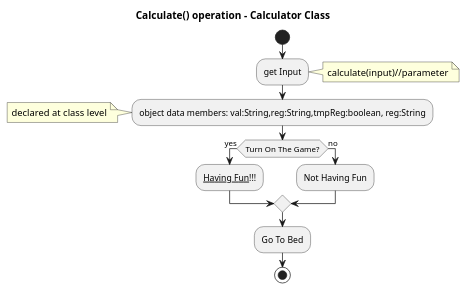
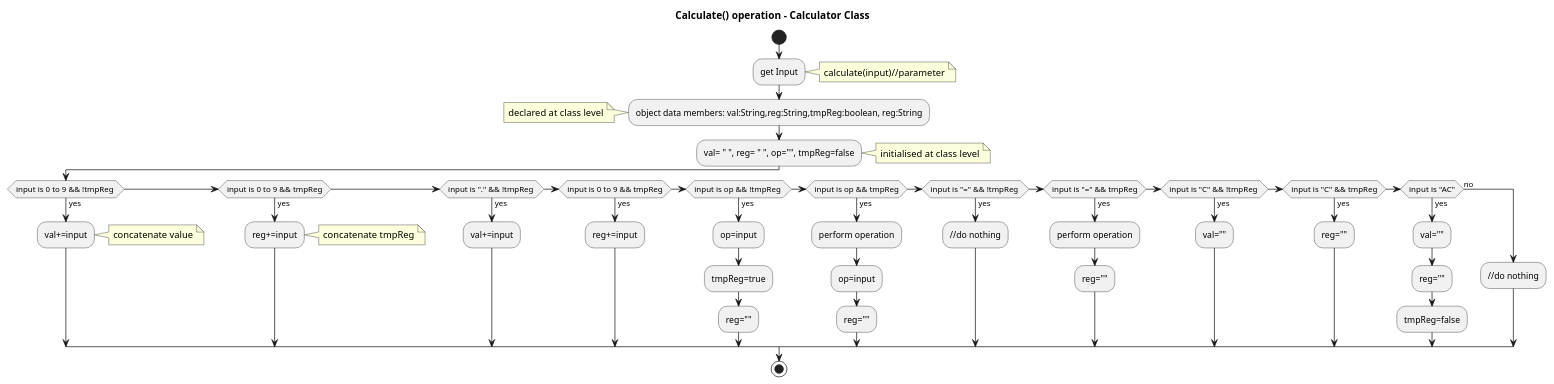
Before and after one commit to u1273400/iscjava: the diagram in posdemo/src/POSdemo.puml, drawn with PlantUML.

```diff
--- a/posdemo/src/POSdemo.puml
+++ b/posdemo/src/POSdemo.puml
@@ -1,24 +1,53 @@
 @startuml
 
 title Calculate() operation - Calculator Class 
 
 
 start
 
 :get Input; 
 note right: calculate(input)//parameter
 
 :object data members: val:String,reg:String,tmpReg:boolean, reg:String; 
 note left: declared at class level
+:val= " ", reg= " ", op="", tmpReg=false;
+note right: initialised at class level
 
-if (Turn On The Game?) then (yes)
-  :__Having Fun__!!!;
+if (input is 0 to 9 && !tmpReg ) then (yes)
+  :val+=input;
+  note right: concatenate value
+else if(input is 0 to 9 && tmpReg) then (yes)
+  :reg+=input;
+  note right: concatenate tmpReg
+else if(input is "." && !tmpReg ) then (yes)
+  :val+=input;
+else if(input is 0 to 9 && tmpReg) then (yes)
+  :reg+=input;
+else if(input is op && !tmpReg ) then (yes)
+  :op=input;
+  :tmpReg=true;
+  :reg="";
+else if(input is op && tmpReg) then (yes)
+  :perform operation;
+  :op=input;
+  :reg="";
+else if(input is "=" && !tmpReg ) then (yes)
+  ://do nothing;
+else if(input is "=" && tmpReg) then (yes)
+  :perform operation;
+  :reg="";
+else if(input is "C" && !tmpReg ) then (yes)
+  :val="";
+else if(input is "C" && tmpReg) then (yes)
+  :reg="";
+else if(input is "AC") then (yes)
+  :val="";
+  :reg="";
+  :tmpReg=false;
 else (no)
-  :Not Having Fun;
+  ://do nothing;
 endif
-
-:Go To Bed;
 
 stop
 
 @enduml
```
